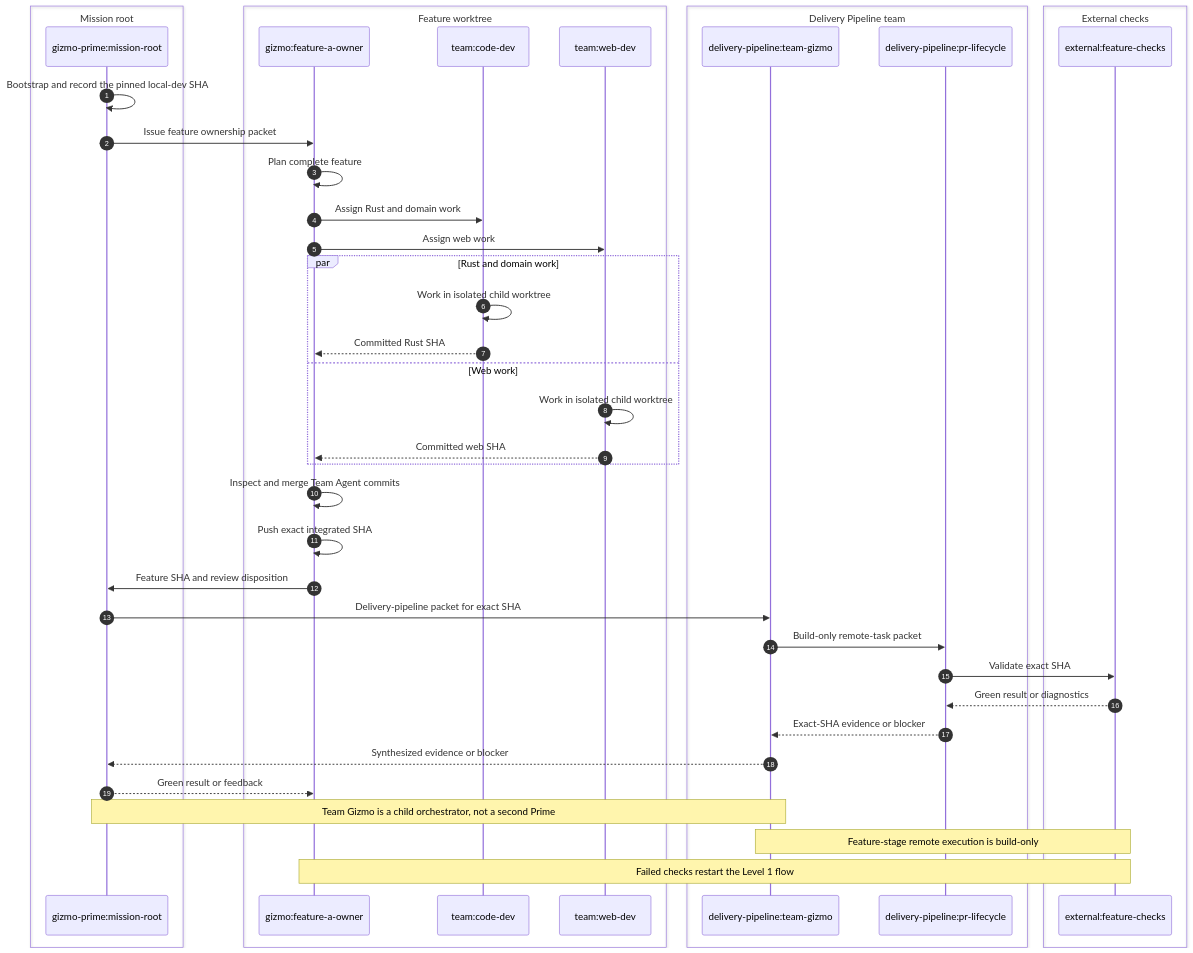
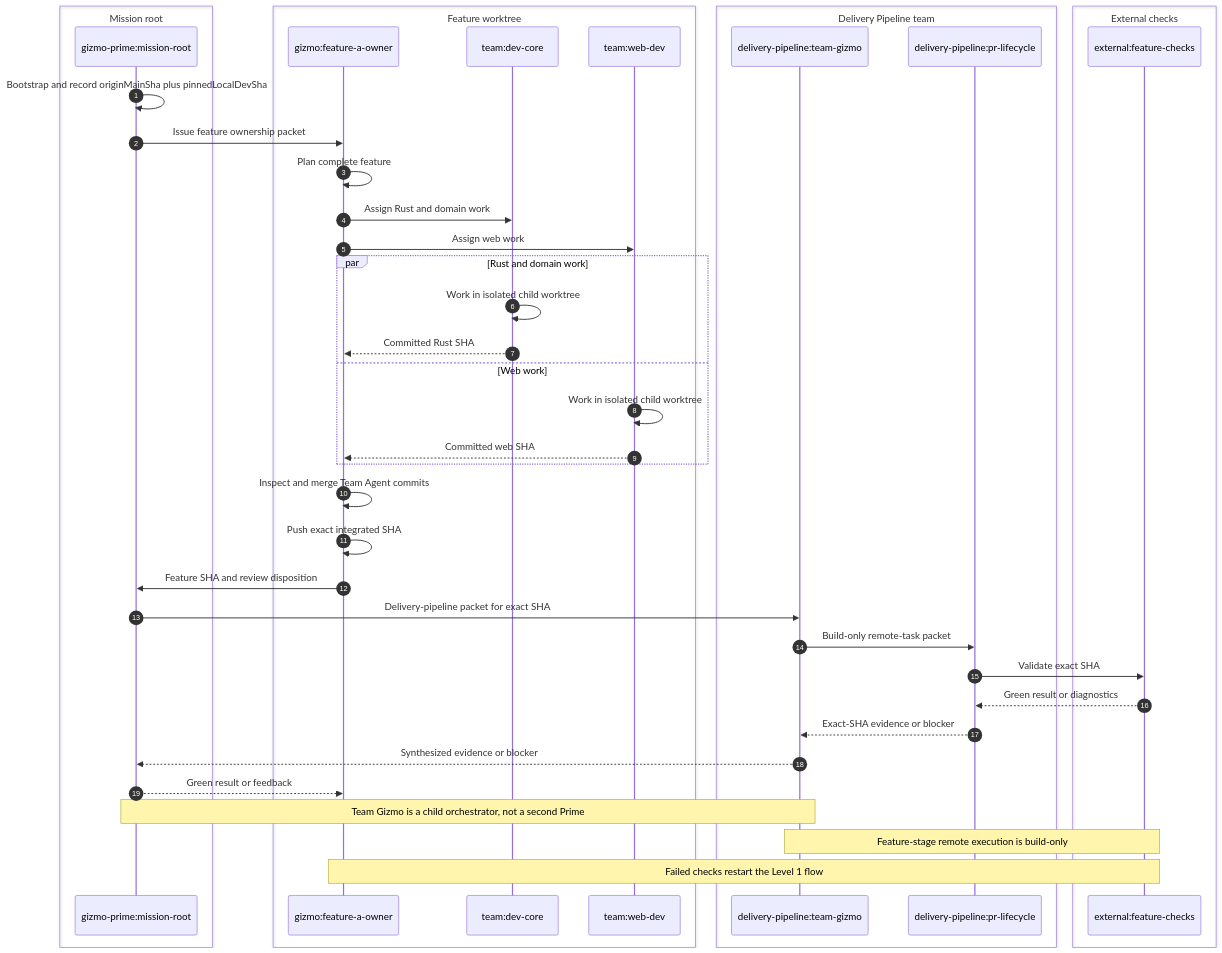
Before and after one commit to meta-secret/nook: the fifth of 13 diagrams in .cortex/gizmo-prime/architecture/multiagent-delivery-diagrams.md, drawn with Mermaid. The commit also changed other lines of this file and 28 other files, not shown here.

Commit message:
fix(ai): enforce pinned local-dev bootstrap evidence

````diff
--- a/.cortex/gizmo-prime/architecture/multiagent-delivery-diagrams.md
+++ b/.cortex/gizmo-prime/architecture/multiagent-delivery-diagrams.md
@@ -218,52 +227,52 @@
 ```mermaid
 sequenceDiagram
     autonumber
 
     box Mission root
         participant Prime as gizmo-prime:mission-root
     end
 
     box Feature worktree
         participant Gizmo as gizmo:feature-a-owner
-        participant Code as team:code-dev
+        participant Code as team:dev-core
         participant Web as team:web-dev
     end
 
     box Delivery Pipeline team
         participant Pipeline as delivery-pipeline:team-gizmo
         participant Steward as delivery-pipeline:pr-lifecycle
     end
 
     box External checks
         participant Checks as external:feature-checks
     end
 
-    Prime->>Prime: Bootstrap and record the pinned local-dev SHA
+    Prime->>Prime: Bootstrap and record originMainSha plus pinnedLocalDevSha
     Prime->>Gizmo: Issue feature ownership packet
     Gizmo->>Gizmo: Plan complete feature
     Gizmo->>Code: Assign Rust and domain work
     Gizmo->>Web: Assign web work
 
     par Rust and domain work
         Code->>Code: Work in isolated child worktree
         Code-->>Gizmo: Committed Rust SHA
     and Web work
         Web->>Web: Work in isolated child worktree
         Web-->>Gizmo: Committed web SHA
     end
 
     Gizmo->>Gizmo: Inspect and merge Team Agent commits
     Gizmo->>Gizmo: Push exact integrated SHA
     Gizmo->>Prime: Feature SHA and review disposition
     Prime->>Pipeline: Delivery-pipeline packet for exact SHA
     Pipeline->>Steward: Build-only remote-task packet
     Steward->>Checks: Validate exact SHA
     Checks-->>Steward: Green result or diagnostics
     Steward-->>Pipeline: Exact-SHA evidence or blocker
     Pipeline-->>Prime: Synthesized evidence or blocker
     Prime-->>Gizmo: Green result or feedback
 
     Note over Prime,Pipeline: Team Gizmo is a child orchestrator, not a second Prime
     Note over Pipeline,Checks: Feature-stage remote execution is build-only
     Note over Gizmo,Checks: Failed checks restart the Level 1 flow
 ```
````
